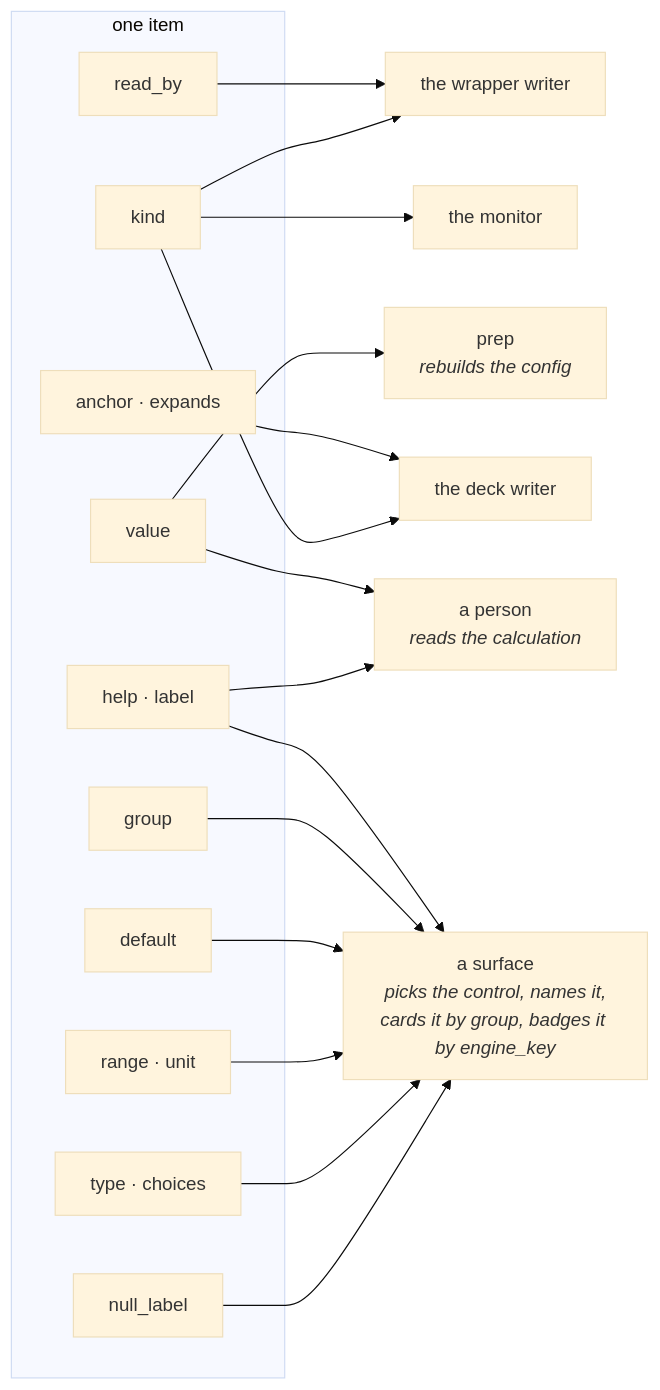
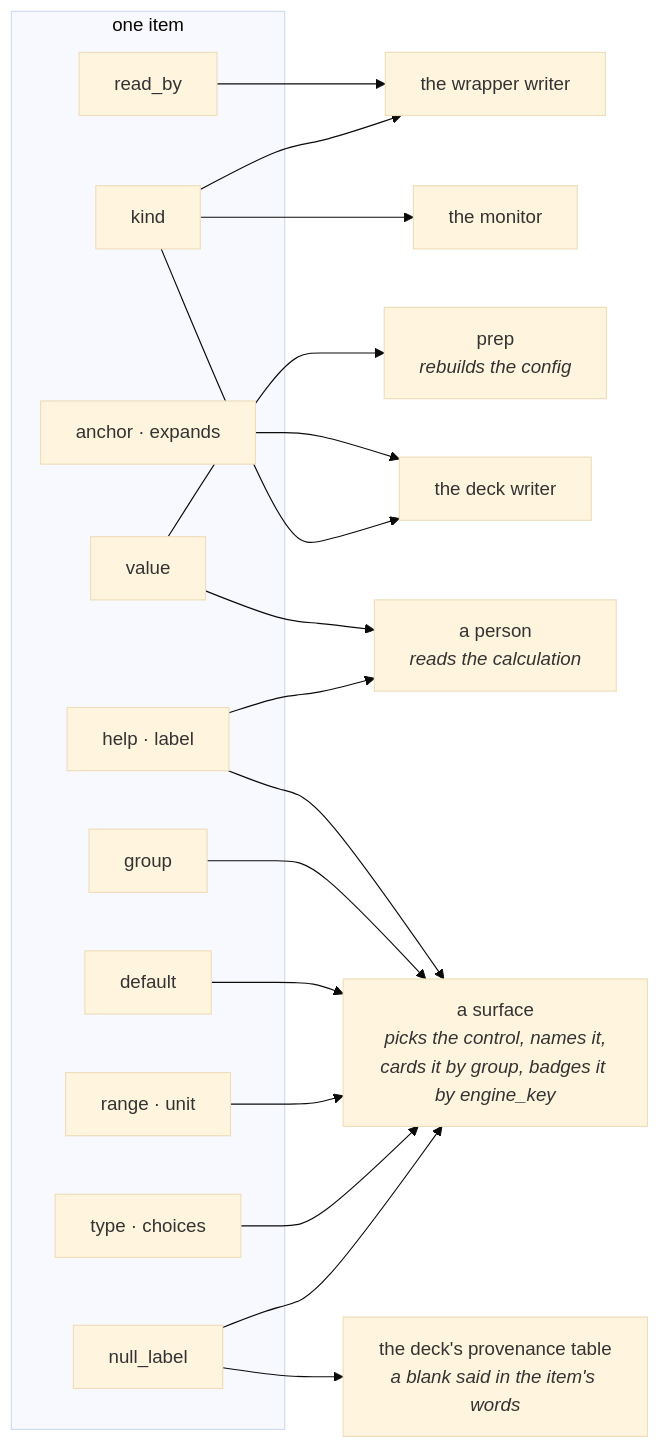
One commit to Qing-LAB/molbuilder changed the second of 8 diagrams in docs/engines/template.md. Above: the diagram before and after it, drawn with Mermaid (base theme). The commit also changed other lines of this file and 22 other files, not shown here.

First line of the commit message:
2.69.40: an optional setting's blank, said in its own words

````diff
--- a/docs/engines/template.md
+++ b/docs/engines/template.md
@@ -715,22 +715,23 @@
 ```mermaid
 flowchart LR
     subgraph I["one item"]
       K["kind"]; RB["read_by"]; V["value"]; D["default"]
       T["type · choices"]; R["range · unit"]; G["group"]; H["help · label"]; A["anchor · expands"]
       NL["null_label"]
     end
     NL --> UI
+    NL --> PT["the deck's provenance table<br/><i>a blank said in the item's words</i>"]
     T --> UI["a surface<br/><i>picks the control, names it,<br/>cards it by group, badges it by engine_key</i>"]
     R --> UI
     D --> UI
     G --> UI
     H --> UI
     H --> P["a person<br/><i>reads the calculation</i>"]
     V --> P
     V --> PR["prep<br/><i>rebuilds the config</i>"]
     K --> DW["the deck writer"]
     A --> DW
     K --> WW["the wrapper writer"]
     RB --> WW
     K --> MON["the monitor"]
 ```
````
